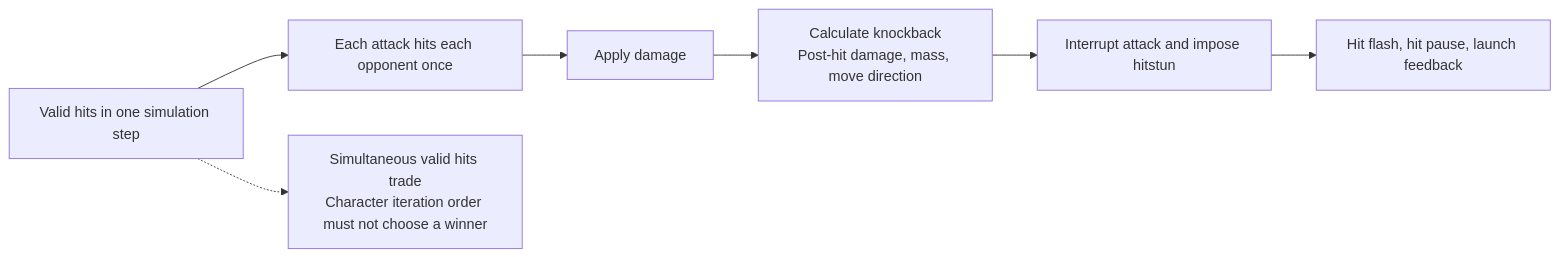
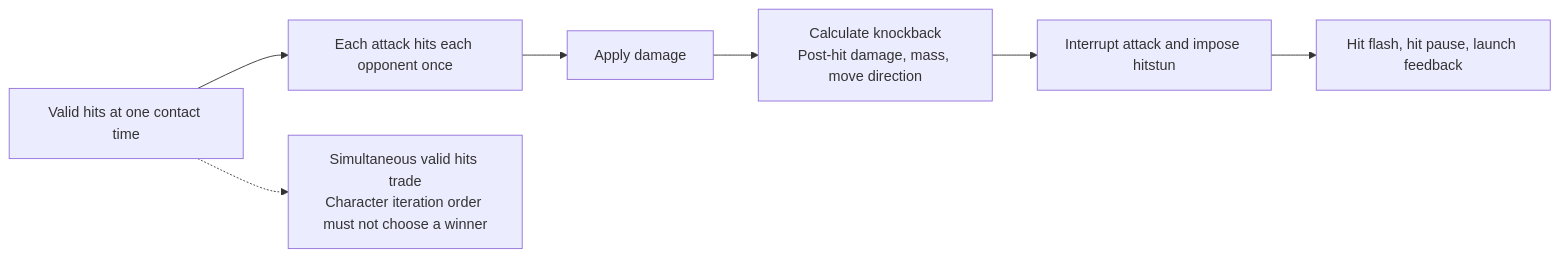
The second of 2 diagrams in docs/architecture/combat-lifecycle.md (Fusion2k/smash-fight), drawn with Mermaid before and after one commit. The commit also changed other lines of this file and 5 other files, not shown here.

Commit message:
docs: prepare production chronology architecture for review

````diff
--- a/docs/architecture/combat-lifecycle.md
+++ b/docs/architecture/combat-lifecycle.md
@@ -28,9 +28,9 @@
 ```mermaid
 flowchart LR
-    Candidates["Valid hits in one simulation step"] --> Once["Each attack hits each opponent once"]
+    Candidates["Valid hits at one contact time"] --> Once["Each attack hits each opponent once"]
     Once --> Damage["Apply damage"]
     Damage --> Launch["Calculate knockback<br/>Post-hit damage, mass, move direction"]
     Launch --> Response["Interrupt attack and impose hitstun"]
     Response --> Feedback["Hit flash, hit pause, launch feedback"]
     Candidates -.-> Trades["Simultaneous valid hits trade<br/>Character iteration order must not choose a winner"]
 ```
````
